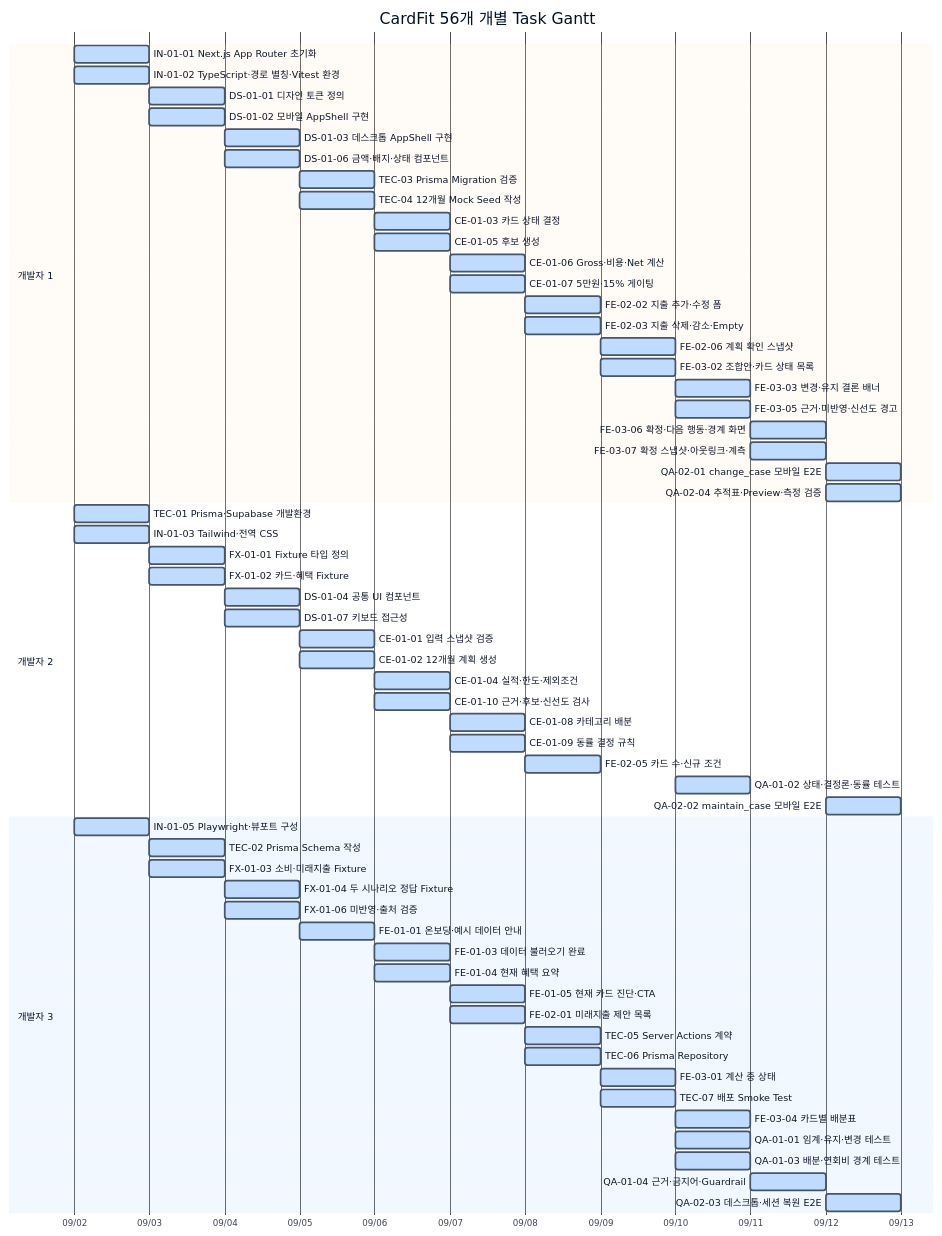
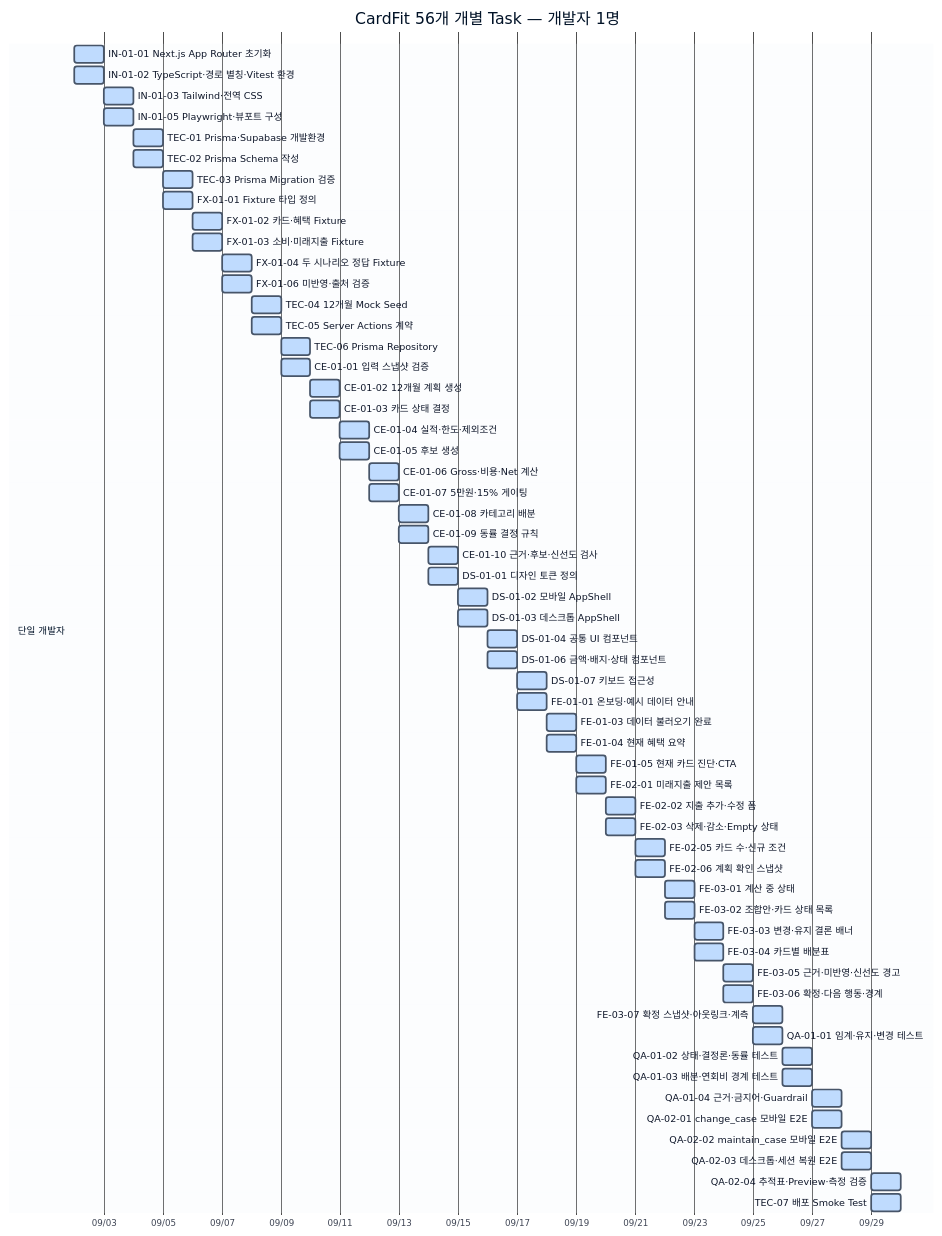
Before and after one commit to maybeaj/cardfit: the second of 2 diagrams in docs/tasks/DEPENDENCY_GANTT.md, drawn with Mermaid. The commit also changed other lines of this file, not shown here.

Commit message:
docs: recalculate gantt for one developer

````diff
--- a/docs/tasks/DEPENDENCY_GANTT.md
+++ b/docs/tasks/DEPENDENCY_GANTT.md
@@ -115,69 +42,65 @@
 ```mermaid
-%%{init: {"theme":"base", "themeVariables": {"primaryColor":"#bfdbfe", "primaryTextColor":"#0f172a", "primaryBorderColor":"#475569", "taskBkgColor":"#bfdbfe", "taskTextColor":"#0f172a", "taskTextOutsideColor":"#0f172a"}}}%%
+%%{init: {"theme":"base", "themeVariables": {"primaryColor":"#bfdbfe", "primaryTextColor":"#0f172a", "primaryBorderColor":"#475569", "taskBkgColor":"#bfdbfe", "taskTextColor":"#0f172a", "taskTextOutsideColor":"#0f172a", "critBkgColor":"#fecaca", "critBorderColor":"#dc2626", "sectionBkgColor":"#f1f5f9", "sectionBkgColor2":"#e2e8f0"}}}%%
 gantt
-    title CardFit 56개 개별 Task Gantt
+    title CardFit 56개 개별 Task — 개발자 1명
     dateFormat  YYYY-MM-DD
     axisFormat  %m/%d
 
-    section 개발자 1
-    IN-01-01 Next.js App Router 초기화 :d1a, 2026-09-02, 0.5d
-    IN-01-02 TypeScript·경로 별칭·Vitest 환경 :d1b, 2026-09-02, 0.5d
-    DS-01-01 디자인 토큰 정의 :d1c, 2026-09-03, 0.5d
-    DS-01-02 모바일 AppShell 구현 :d1d, 2026-09-03, 0.5d
-    DS-01-03 데스크톱 AppShell 구현 :d1e, 2026-09-04, 0.5d
-    DS-01-06 금액·배지·상태 컴포넌트 :d1f, 2026-09-04, 0.5d
-    TEC-03 Prisma Migration 검증 :d1g, 2026-09-05, 0.5d
-    TEC-04 12개월 Mock Seed 작성 :d1h, 2026-09-05, 0.5d
-    CE-01-03 카드 상태 결정 :d1i, 2026-09-06, 0.5d
-    CE-01-05 후보 생성 :d1j, 2026-09-06, 0.5d
-    CE-01-06 Gross·비용·Net 계산 :d1k, 2026-09-07, 0.5d
-    CE-01-07 5만원·15% 게이팅 :d1l, 2026-09-07, 0.5d
-    FE-02-02 지출 추가·수정 폼 :d1m, 2026-09-08, 0.5d
-    FE-02-03 지출 삭제·감소·Empty :d1n, 2026-09-08, 0.5d
-    FE-02-06 계획 확인 스냅샷 :d1o, 2026-09-09, 0.5d
-    FE-03-02 조합안·카드 상태 목록 :d1p, 2026-09-09, 0.5d
-    FE-03-03 변경·유지 결론 배너 :d1q, 2026-09-10, 0.5d
-    FE-03-05 근거·미반영·신선도 경고 :d1r, 2026-09-10, 0.5d
-    FE-03-06 확정·다음 행동·경계 화면 :d1s, 2026-09-11, 0.5d
-    FE-03-07 확정 스냅샷·아웃링크·계측 :d1t, 2026-09-11, 0.5d
-    QA-02-01 change_case 모바일 E2E :d1u, 2026-09-12, 0.5d
-    QA-02-04 추적표·Preview·측정 검증 :d1v, 2026-09-12, 0.5d
-
-    section 개발자 2
-    TEC-01 Prisma·Supabase 개발환경 :d2a, 2026-09-02, 0.5d
-    IN-01-03 Tailwind·전역 CSS :d2b, 2026-09-02, 0.5d
-    FX-01-01 Fixture 타입 정의 :d2c, 2026-09-03, 0.5d
-    FX-01-02 카드·혜택 Fixture :d2d, 2026-09-03, 0.5d
-    DS-01-04 공통 UI 컴포넌트 :d2e, 2026-09-04, 0.5d
-    DS-01-07 키보드 접근성 :d2f, 2026-09-04, 0.5d
-    CE-01-01 입력 스냅샷 검증 :d2g, 2026-09-05, 0.5d
-    CE-01-02 12개월 계획 생성 :d2h, 2026-09-05, 0.5d
-    CE-01-04 실적·한도·제외조건 :d2i, 2026-09-06, 0.5d
-    CE-01-10 근거·후보·신선도 검사 :d2j, 2026-09-06, 0.5d
-    CE-01-08 카테고리 배분 :d2k, 2026-09-07, 0.5d
-    CE-01-09 동률 결정 규칙 :d2l, 2026-09-07, 0.5d
-    FE-02-05 카드 수·신규 조건 :d2m, 2026-09-08, 0.5d
-    QA-01-02 상태·결정론·동률 테스트 :d2n, 2026-09-10, 0.5d
-    QA-02-02 maintain_case 모바일 E2E :d2o, 2026-09-12, 0.5d
-
-    section 개발자 3
-    IN-01-05 Playwright·뷰포트 구성 :d3a, 2026-09-02, 0.5d
-    TEC-02 Prisma Schema 작성 :d3b, 2026-09-03, 0.5d
-    FX-01-03 소비·미래지출 Fixture :d3c, 2026-09-03, 0.5d
-    FX-01-04 두 시나리오 정답 Fixture :d3d, 2026-09-04, 0.5d
-    FX-01-06 미반영·출처 검증 :d3e, 2026-09-04, 0.5d
-    FE-01-01 온보딩·예시 데이터 안내 :d3g, 2026-09-05, 0.5d
-    FE-01-03 데이터 불러오기 완료 :d3h, 2026-09-06, 0.5d
-    FE-01-04 현재 혜택 요약 :d3i, 2026-09-06, 0.5d
-    FE-01-05 현재 카드 진단·CTA :d3j, 2026-09-07, 0.5d
-    FE-02-01 미래지출 제안 목록 :d3k, 2026-09-07, 0.5d
-    TEC-05 Server Actions 계약 :d3l, 2026-09-08, 0.5d
-    TEC-06 Prisma Repository :d3m, 2026-09-08, 0.5d
-    FE-03-01 계산 중 상태 :d3n, 2026-09-09, 0.5d
-    TEC-07 배포 Smoke Test :d3o, 2026-09-09, 0.5d
-    FE-03-04 카드별 배분표 :d3p, 2026-09-10, 0.5d
-    QA-01-01 임계·유지·변경 테스트 :d3q, 2026-09-10, 0.5d
-    QA-01-03 배분·연회비 경계 테스트 :d3r, 2026-09-10, 0.5d
-    QA-01-04 근거·금지어·Guardrail :d3s, 2026-09-11, 0.5d
-    QA-02-03 데스크톱·세션 복원 E2E :d3t, 2026-09-12, 0.5d
+    section 단일 개발자
+    IN-01-01 Next.js App Router 초기화 :a01, 2026-09-02, 0.5d
+    IN-01-02 TypeScript·경로 별칭·Vitest 환경 :a02, 2026-09-02, 0.5d
+    IN-01-03 Tailwind·전역 CSS :a03, 2026-09-03, 0.5d
+    IN-01-05 Playwright·뷰포트 구성 :a04, 2026-09-03, 0.5d
+    TEC-01 Prisma·Supabase 개발환경 :a05, 2026-09-04, 0.5d
+    TEC-02 Prisma Schema 작성 :a06, 2026-09-04, 0.5d
+    TEC-03 Prisma Migration 검증 :a07, 2026-09-05, 0.5d
+    FX-01-01 Fixture 타입 정의 :a08, 2026-09-05, 0.5d
+    FX-01-02 카드·혜택 Fixture :a09, 2026-09-06, 0.5d
+    FX-01-03 소비·미래지출 Fixture :a10, 2026-09-06, 0.5d
+    FX-01-04 두 시나리오 정답 Fixture :a11, 2026-09-07, 0.5d
+    FX-01-06 미반영·출처 검증 :a12, 2026-09-07, 0.5d
+    TEC-04 12개월 Mock Seed :a13, 2026-09-08, 0.5d
+    TEC-05 Server Actions 계약 :a14, 2026-09-08, 0.5d
+    TEC-06 Prisma Repository :a15, 2026-09-09, 0.5d
+    CE-01-01 입력 스냅샷 검증 :a16, 2026-09-09, 0.5d
+    CE-01-02 12개월 계획 생성 :a17, 2026-09-10, 0.5d
+    CE-01-03 카드 상태 결정 :a18, 2026-09-10, 0.5d
+    CE-01-04 실적·한도·제외조건 :a19, 2026-09-11, 0.5d
+    CE-01-05 후보 생성 :a20, 2026-09-11, 0.5d
+    CE-01-06 Gross·비용·Net 계산 :a21, 2026-09-12, 0.5d
+    CE-01-07 5만원·15% 게이팅 :a22, 2026-09-12, 0.5d
+    CE-01-08 카테고리 배분 :a23, 2026-09-13, 0.5d
+    CE-01-09 동률 결정 규칙 :a24, 2026-09-13, 0.5d
+    CE-01-10 근거·후보·신선도 검사 :a25, 2026-09-14, 0.5d
+    DS-01-01 디자인 토큰 정의 :a26, 2026-09-14, 0.5d
+    DS-01-02 모바일 AppShell :a27, 2026-09-15, 0.5d
+    DS-01-03 데스크톱 AppShell :a28, 2026-09-15, 0.5d
+    DS-01-04 공통 UI 컴포넌트 :a29, 2026-09-16, 0.5d
+    DS-01-06 금액·배지·상태 컴포넌트 :a30, 2026-09-16, 0.5d
+    DS-01-07 키보드 접근성 :a31, 2026-09-17, 0.5d
+    FE-01-01 온보딩·예시 데이터 안내 :a32, 2026-09-17, 0.5d
+    FE-01-03 데이터 불러오기 완료 :a33, 2026-09-18, 0.5d
+    FE-01-04 현재 혜택 요약 :a34, 2026-09-18, 0.5d
+    FE-01-05 현재 카드 진단·CTA :a35, 2026-09-19, 0.5d
+    FE-02-01 미래지출 제안 목록 :a36, 2026-09-19, 0.5d
+    FE-02-02 지출 추가·수정 폼 :a37, 2026-09-20, 0.5d
+    FE-02-03 삭제·감소·Empty 상태 :a38, 2026-09-20, 0.5d
+    FE-02-05 카드 수·신규 조건 :a39, 2026-09-21, 0.5d
+    FE-02-06 계획 확인 스냅샷 :a40, 2026-09-21, 0.5d
+    FE-03-01 계산 중 상태 :a41, 2026-09-22, 0.5d
+    FE-03-02 조합안·카드 상태 목록 :a42, 2026-09-22, 0.5d
+    FE-03-03 변경·유지 결론 배너 :a43, 2026-09-23, 0.5d
+    FE-03-04 카드별 배분표 :a44, 2026-09-23, 0.5d
+    FE-03-05 근거·미반영·신선도 경고 :a45, 2026-09-24, 0.5d
+    FE-03-06 확정·다음 행동·경계 :a46, 2026-09-24, 0.5d
+    FE-03-07 확정 스냅샷·아웃링크·계측 :a47, 2026-09-25, 0.5d
+    QA-01-01 임계·유지·변경 테스트 :a48, 2026-09-25, 0.5d
+    QA-01-02 상태·결정론·동률 테스트 :a49, 2026-09-26, 0.5d
+    QA-01-03 배분·연회비 경계 테스트 :a50, 2026-09-26, 0.5d
+    QA-01-04 근거·금지어·Guardrail :a51, 2026-09-27, 0.5d
+    QA-02-01 change_case 모바일 E2E :a52, 2026-09-27, 0.5d
+    QA-02-02 maintain_case 모바일 E2E :a53, 2026-09-28, 0.5d
+    QA-02-03 데스크톱·세션 복원 E2E :a54, 2026-09-28, 0.5d
+    QA-02-04 추적표·Preview·측정 검증 :a55, 2026-09-29, 0.5d
+    TEC-07 배포 Smoke Test :a56, 2026-09-29, 0.5d
 ```
````
